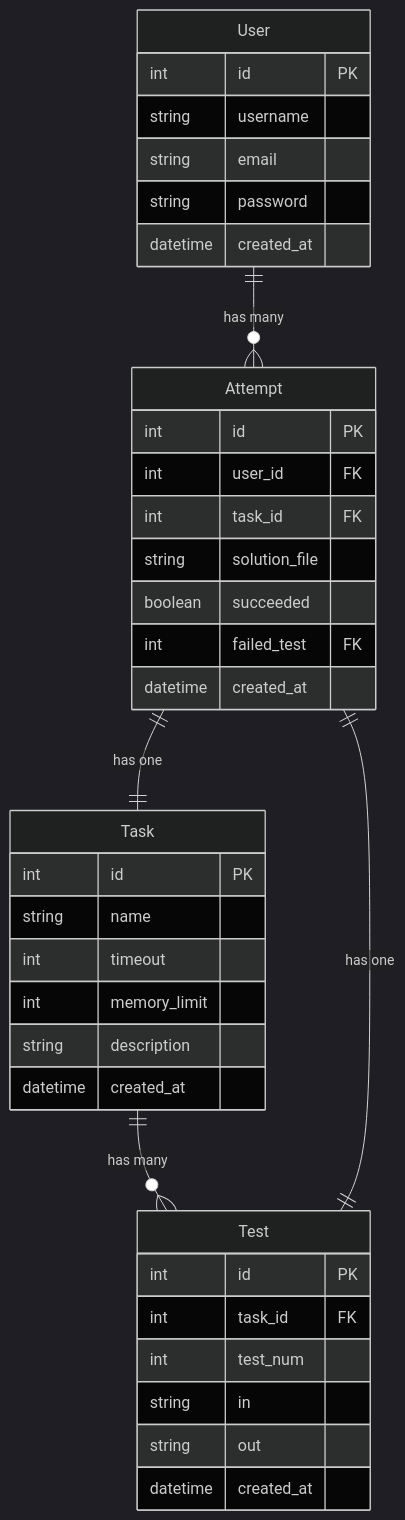
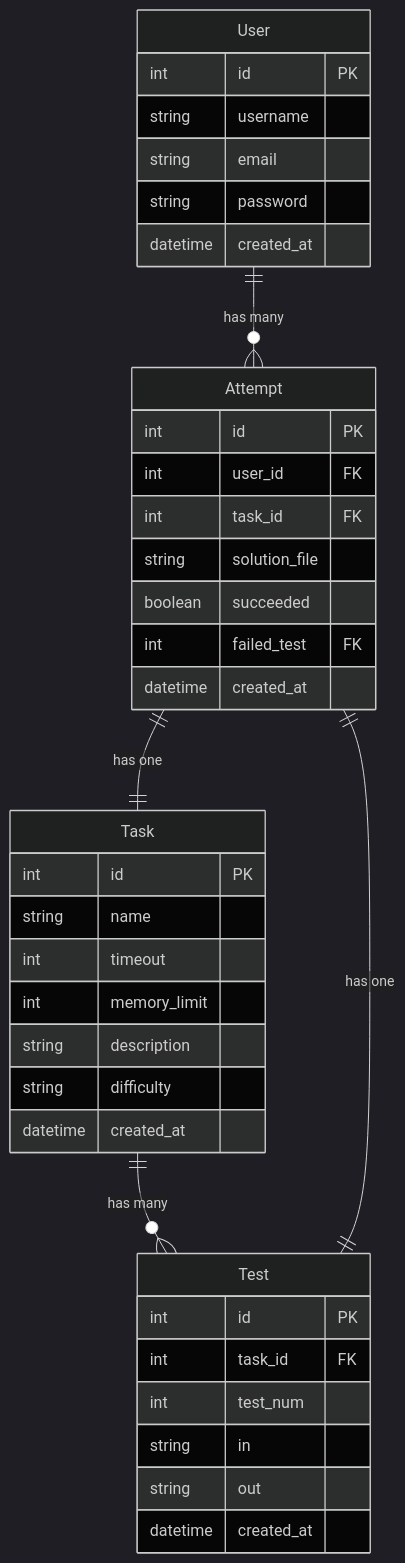
The diagram in ll-server/specification/db_model/diagram.mmd (ZarinaMax/LeetLearning), drawn with Mermaid (dark theme) before and after one commit. The commit also changed 65 other files, not shown here.

```diff
--- a/ll-server/specification/db_model/diagram.mmd
+++ b/ll-server/specification/db_model/diagram.mmd
@@ -1,42 +1,43 @@
 erDiagram
     User {
         int id PK
         string username
         string email
         string password
         datetime created_at
     }
 
     Task {
         int id PK
         string name
         int timeout
         int memory_limit
         string description
+        string difficulty
         datetime created_at
     }
 
     Test {
         int id PK
         int task_id FK
         int test_num
         string in
         string out
         datetime created_at
     }
 
     Attempt {
         int id PK
         int user_id FK
         int task_id FK
         string solution_file
         boolean succeeded
         int failed_test FK
         datetime created_at
     }
 
     %% Relationships
     User ||--o{ Attempt: "has many"
     Task ||--o{ Test : "has many"
     Attempt ||--|| Task : "has one"
     Attempt ||--|| Test : "has one"
```
